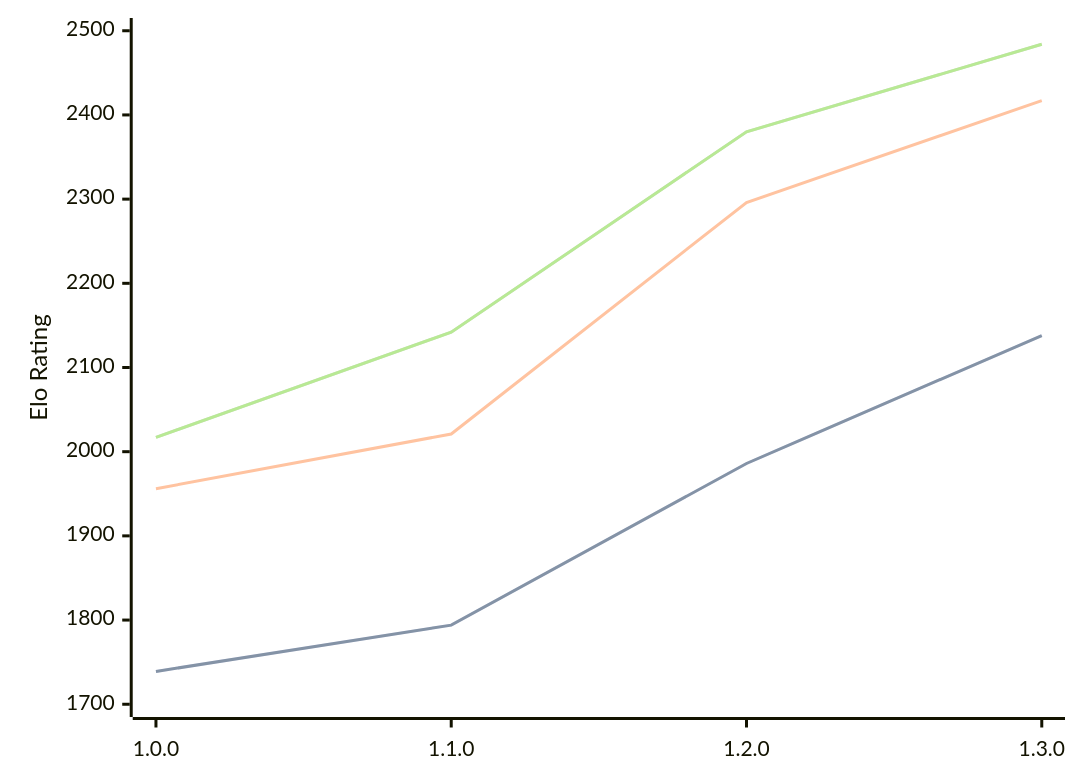
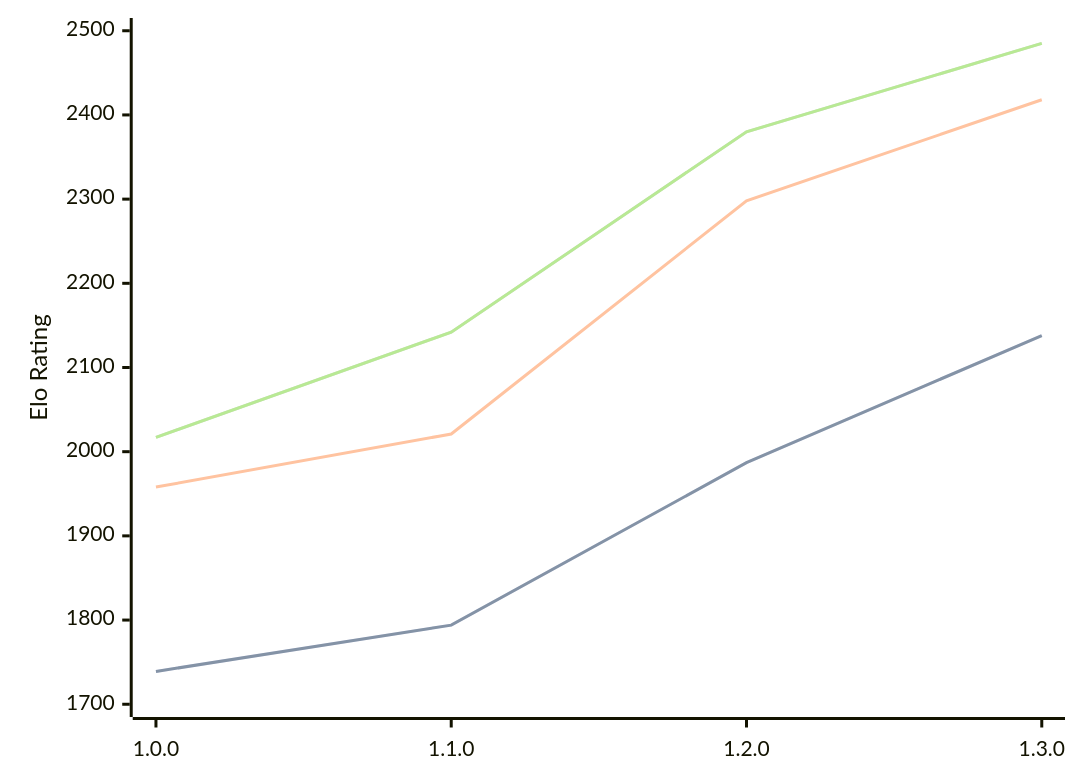
The third of 3 diagrams in engines/Anodos.md (computer-chess-index/cci), drawn with Mermaid before and after one commit. The commit also changed other lines of this file, not shown here.

Commit message:
Update CCI Ratings (ELO VLTC) - 2026-06-30

````diff
--- a/engines/Anodos.md
+++ b/engines/Anodos.md
@@ -78,11 +78,11 @@
 ```mermaid
 %%{init: {"theme":"base","themeVariables":{"seriesColors:['#a3a3a3','#222221','#faa371']}}}%%
 xychart-beta
   x-axis ["1.0.0", "1.1.0", "1.2.0", "1.3.0"]
   y-axis "Elo Rating" 1700 --> 2500
-  line "STC (8.0+0.08s)" [1739, 1794, 1986, 2138]
-  line "STC (8.0+0.08s)" [1739, 1794, 1986, 2138]
-  line "LTC (60.0+0.60s)" [1956, 2021, 2296, 2417]
-  line "VLTC (2m24s+1.12s)" [2017, 2142, 2380, 2484]
-  line "VLTC (2m24s+1.12s)" [2017, 2142, 2380, 2484]
+  line "STC (8.0+0.08s)" [1739, 1794, 1987, 2138]
+  line "STC (8.0+0.08s)" [1739, 1794, 1987, 2138]
+  line "LTC (60.0+0.60s)" [1958, 2021, 2298, 2418]
+  line "VLTC (2m24s+1.12s)" [2017, 2142, 2380, 2485]
+  line "VLTC (2m24s+1.12s)" [2017, 2142, 2380, 2485]
 ```
````
